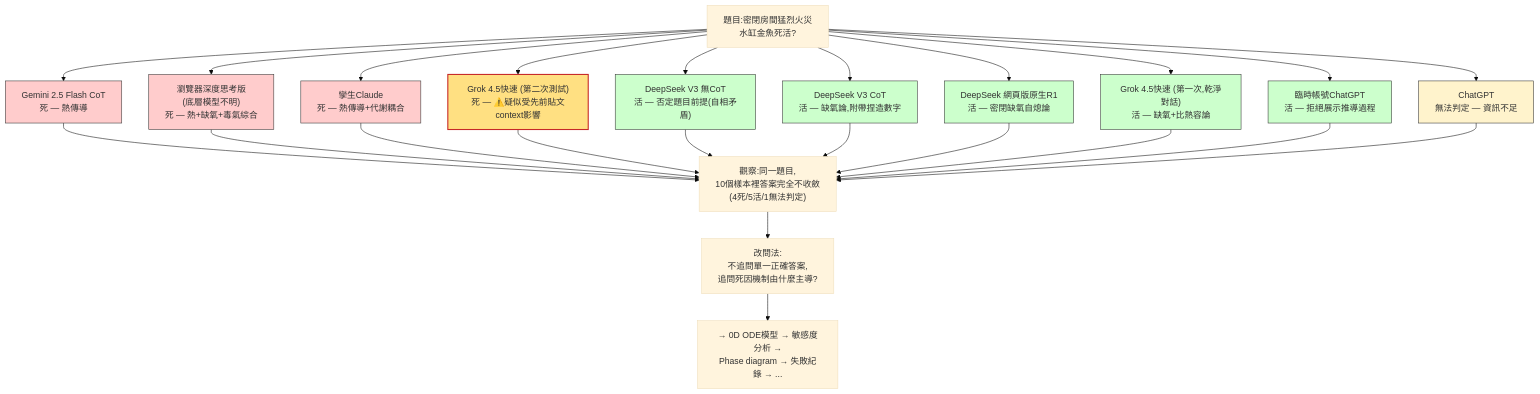
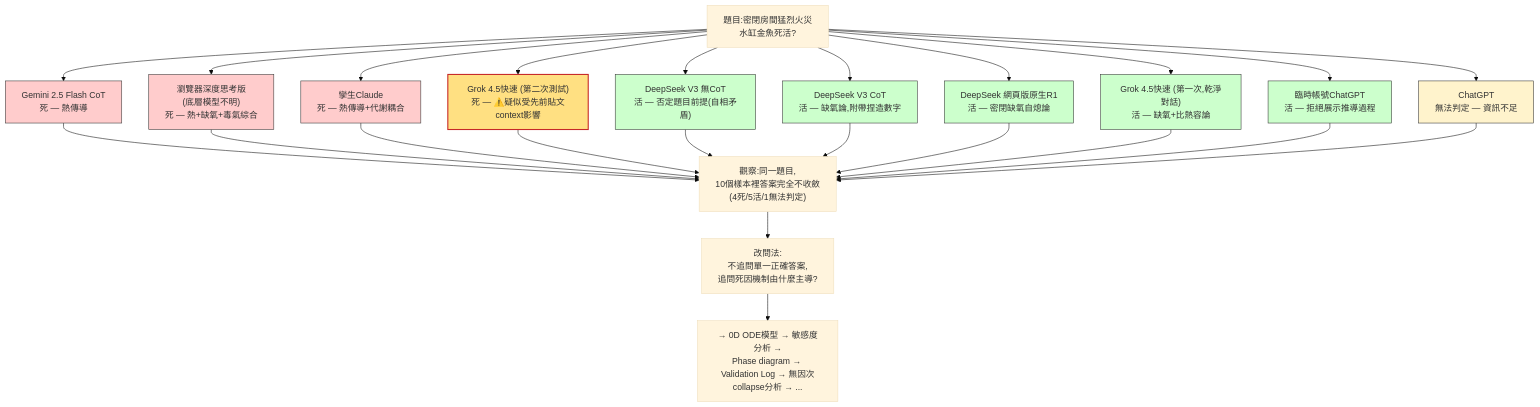
One commit to zhixiu0223/goldfish-fire-repro changed the fourth of 5 diagrams in article/article.md. Above: the diagram before and after it, drawn with Mermaid (base theme). The commit also changed other lines of this file and 6 other files, not shown here.

First line of the commit message:
Level 3: dimensionless analysis (VL-05), rename Failure Log to Validation Log

````diff
--- a/article/article.md
+++ b/article/article.md
@@ -202,30 +226,30 @@
 ```mermaid
 flowchart TD
     Q["題目:密閉房間猛烈火災<br/>水缸金魚死活?"]
 
     Q --> D1["Gemini 2.5 Flash CoT<br/>死 — 熱傳導"]
     Q --> D2["瀏覽器深度思考版<br/>(底層模型不明)<br/>死 — 熱+缺氧+毒氣綜合"]
     Q --> D3["孿生Claude<br/>死 — 熱傳導+代謝耦合"]
     Q --> D4["Grok 4.5快速 (第二次測試)<br/>死 — ⚠️疑似受先前貼文context影響"]
 
     Q --> A1["DeepSeek V3 無CoT<br/>活 — 否定題目前提(自相矛盾)"]
     Q --> A2["DeepSeek V3 CoT<br/>活 — 缺氧論,附帶捏造數字"]
     Q --> A3["DeepSeek 網頁版原生R1<br/>活 — 密閉缺氧自熄論"]
     Q --> A4["Grok 4.5快速 (第一次,乾淨對話)<br/>活 — 缺氧+比熱容論"]
     Q --> A5["臨時帳號ChatGPT<br/>活 — 拒絕展示推導過程"]
 
     Q --> U1["ChatGPT<br/>無法判定 — 資訊不足"]
 
     D1 & D2 & D3 & D4 & A1 & A2 & A3 & A4 & A5 & U1 --> Obs["觀察:同一題目,<br/>10個樣本裡答案完全不收斂<br/>(4死/5活/1無法判定)"]
     Obs --> Q2["改問法:<br/>不追問單一正確答案,<br/>追問死因機制由什麼主導?"]
-    Q2 --> Next["→ 0D ODE模型 → 敏感度分析 →<br/>Phase diagram → 失敗紀錄 → ..."]
+    Q2 --> Next["→ 0D ODE模型 → 敏感度分析 →<br/>Phase diagram → Validation Log → 無因次collapse分析 → ..."]
 
     classDef death fill:#ffcccc,stroke:#333,stroke-width:1px;
     classDef alive fill:#ccffcc,stroke:#333,stroke-width:1px;
     classDef unclear fill:#fff3cc,stroke:#333,stroke-width:1px;
     classDef caveat fill:#ffe082,stroke:#c62828,stroke-width:2px;
     class D1,D2,D3 death;
     class D4 caveat;
     class A1,A2,A3,A4,A5 alive;
     class U1 unclear;
 ```
````
